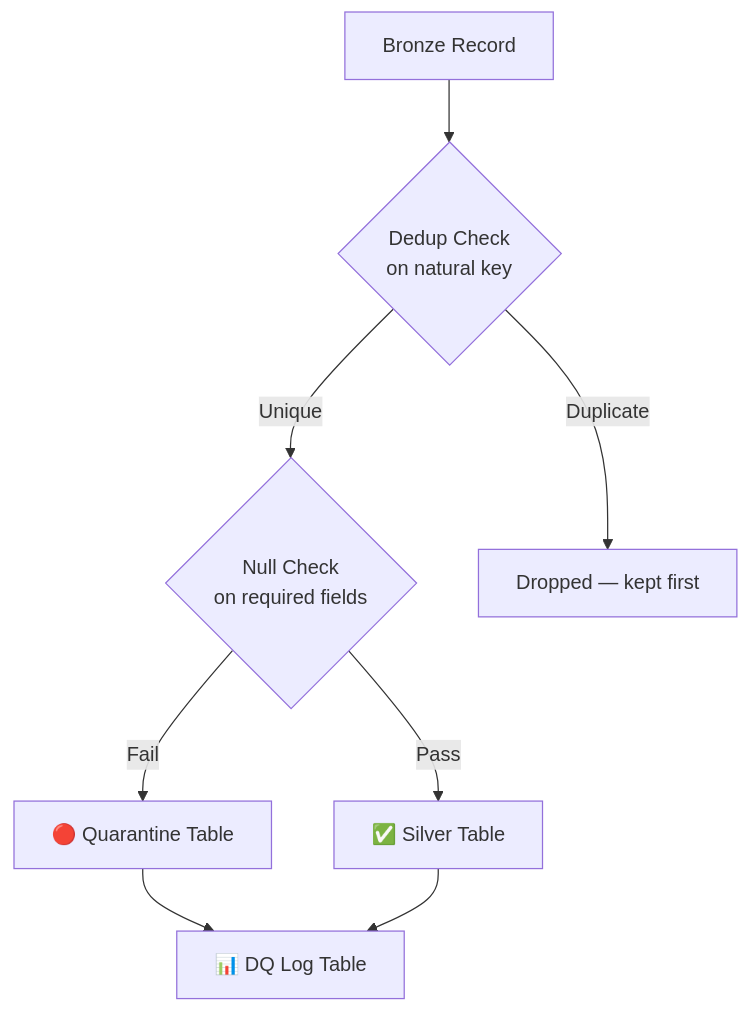
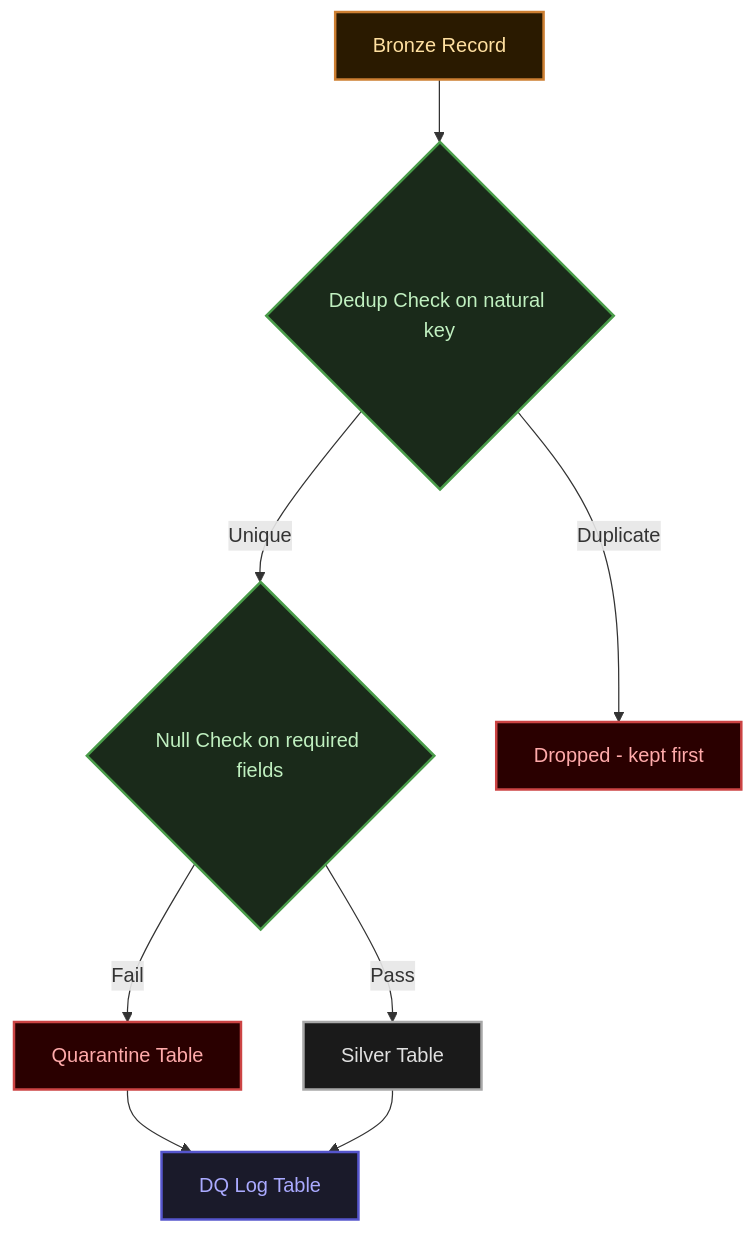
The second of 3 diagrams in README.md (Azfer283/olist-pipeline), drawn with Mermaid before and after one commit. The commit also changed other lines of this file and 12 other files, not shown here.

````diff
--- a/README.md
+++ b/README.md
@@ -138,10 +126,18 @@
 ```mermaid
 flowchart TD
-    RAW[Bronze Record] --> DEDUP{Dedup Check\non natural key}
-    DEDUP -- Unique --> NULL_CHECK{Null Check\non required fields}
-    DEDUP -- Duplicate --> DROP[Dropped — kept first]
-    NULL_CHECK -- Pass --> SILVER[✅ Silver Table]
-    NULL_CHECK -- Fail --> Q[🔴 Quarantine Table]
-    Q --> LOG[📊 DQ Log Table]
+    RAW[Bronze Record] --> DEDUP{Dedup Check on natural key}
+    DEDUP -- Unique --> NULL_CHECK{Null Check on required fields}
+    DEDUP -- Duplicate --> DROP[Dropped - kept first]
+    NULL_CHECK -- Pass --> SILVER[Silver Table]
+    NULL_CHECK -- Fail --> Q[Quarantine Table]
+    Q --> LOG[DQ Log Table]
     SILVER --> LOG
+
+    style RAW fill:#2a1a00,stroke:#cd7f32,stroke-width:2px,color:#ffe0a0
+    style DEDUP fill:#1a2a1a,stroke:#4a9d4a,stroke-width:2px,color:#c0f0c0
+    style NULL_CHECK fill:#1a2a1a,stroke:#4a9d4a,stroke-width:2px,color:#c0f0c0
+    style DROP fill:#2a0000,stroke:#cc4444,stroke-width:2px,color:#ffaaaa
+    style SILVER fill:#1a1a1a,stroke:#a8a8a8,stroke-width:2px,color:#e0e0e0
+    style Q fill:#2a0000,stroke:#cc4444,stroke-width:2px,color:#ffaaaa
+    style LOG fill:#1a1a2a,stroke:#5555cc,stroke-width:2px,color:#aaaaff
 ```
````
